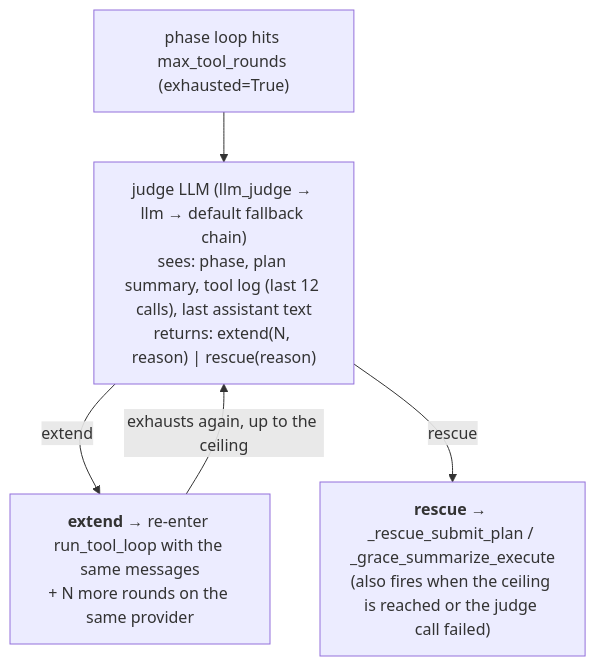
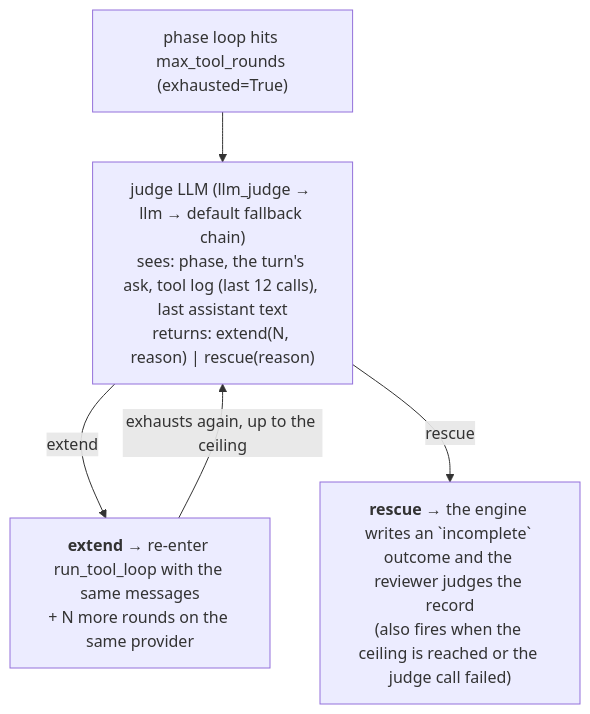
One commit to crewlet/crewlet changed the diagram in docs/concepts/turn-engine.md. Above: the diagram before and after it, drawn with Mermaid. The commit also changed other lines of this file and 194 other files, not shown here.

````diff
--- a/docs/concepts/turn-engine.md
+++ b/docs/concepts/turn-engine.md
@@ -259,11 +272,11 @@
 ```mermaid
 flowchart TD
     A["phase loop hits max_tool_rounds (exhausted=True)"]
-    B["judge LLM (llm_judge → llm → default fallback chain)<br/>sees: phase, plan summary, tool log (last 12 calls), last assistant text<br/>returns: extend(N, reason) | rescue(reason)"]
+    B["judge LLM (llm_judge → llm → default fallback chain)<br/>sees: phase, the turn's ask, tool log (last 12 calls), last assistant text<br/>returns: extend(N, reason) | rescue(reason)"]
     C["<b>extend</b> → re-enter run_tool_loop with the same messages<br/>+ N more rounds on the same provider"]
-    D["<b>rescue</b> → _rescue_submit_plan / _grace_summarize_execute<br/>(also fires when the ceiling is reached or the judge call failed)"]
+    D["<b>rescue</b> → the engine writes an `incomplete` outcome and the reviewer judges the record<br/>(also fires when the ceiling is reached or the judge call failed)"]
     A --> B
     B -->|extend| C
     B -->|rescue| D
     C -->|"exhausts again, up to the ceiling"| B
 ```
````
